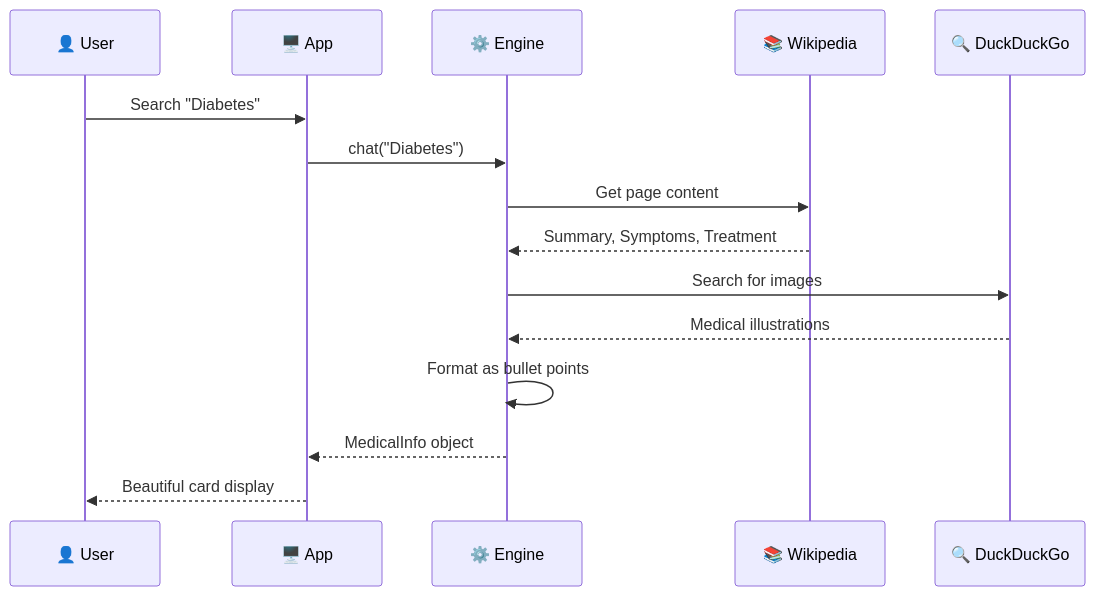
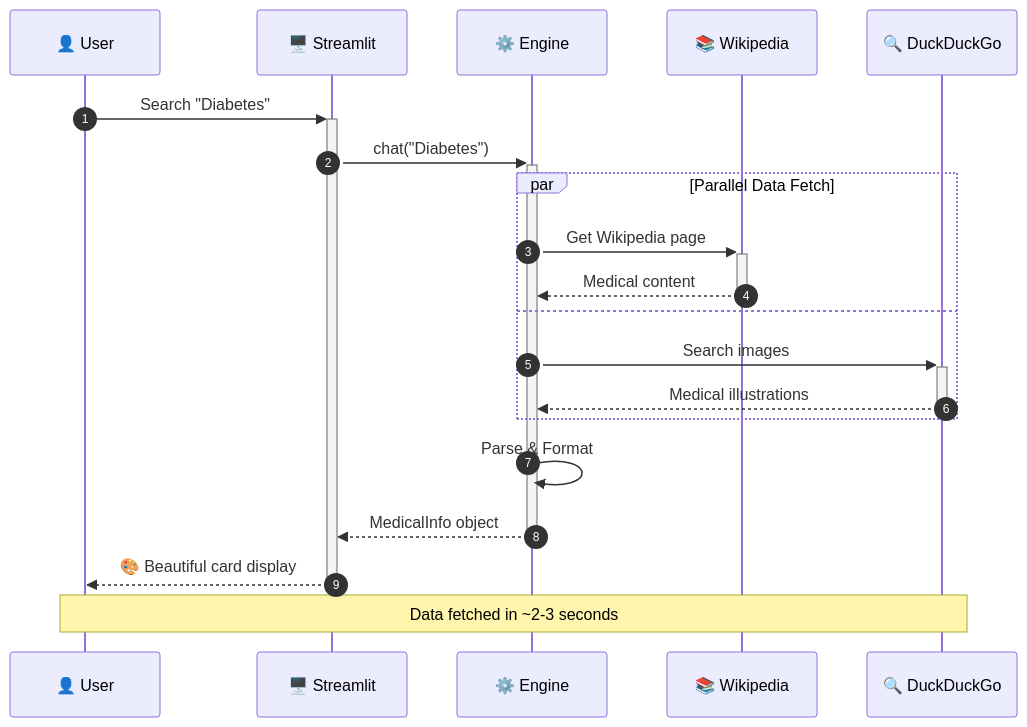
The second of 2 diagrams in README.md (shashankphenomeno111/Medical-ai-chatbot-Generative-Ai-), drawn with Mermaid before and after one commit. The commit also changed other lines of this file, not shown here.

````diff
--- a/README.md
+++ b/README.md
@@ -124,18 +232,26 @@
 ```mermaid
 sequenceDiagram
+    autonumber
     participant U as 👤 User
-    participant A as 🖥️ App
+    participant A as 🖥️ Streamlit
     participant E as ⚙️ Engine
     participant W as 📚 Wikipedia
     participant D as 🔍 DuckDuckGo
     
-    U->>A: Search "Diabetes"
-    A->>E: chat("Diabetes")
-    E->>W: Get page content
-    W-->>E: Summary, Symptoms, Treatment
-    E->>D: Search for images
-    D-->>E: Medical illustrations
-    E->>E: Format as bullet points
-    E-->>A: MedicalInfo object
-    A-->>U: Beautiful card display
+    U->>+A: Search "Diabetes"
+    A->>+E: chat("Diabetes")
+    
+    par Parallel Data Fetch
+        E->>+W: Get Wikipedia page
+        W-->>-E: Medical content
+    and
+        E->>+D: Search images
+        D-->>-E: Medical illustrations
+    end
+    
+    E->>E: Parse & Format
+    E-->>-A: MedicalInfo object
+    A-->>-U: 🎨 Beautiful card display
+    
+    Note over U,D: Data fetched in ~2-3 seconds
 ```
````
